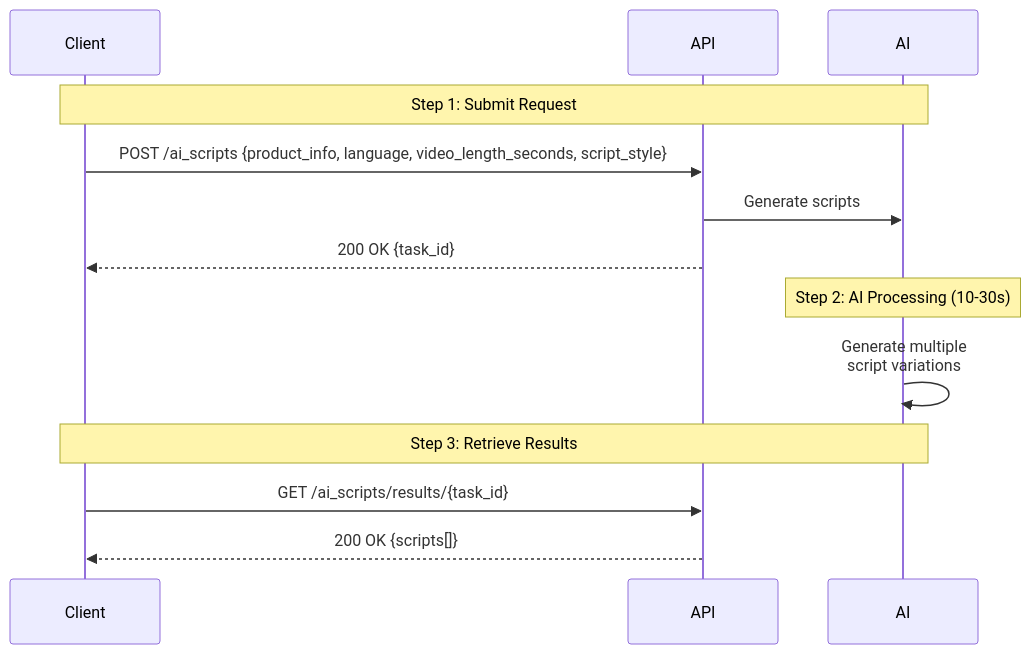
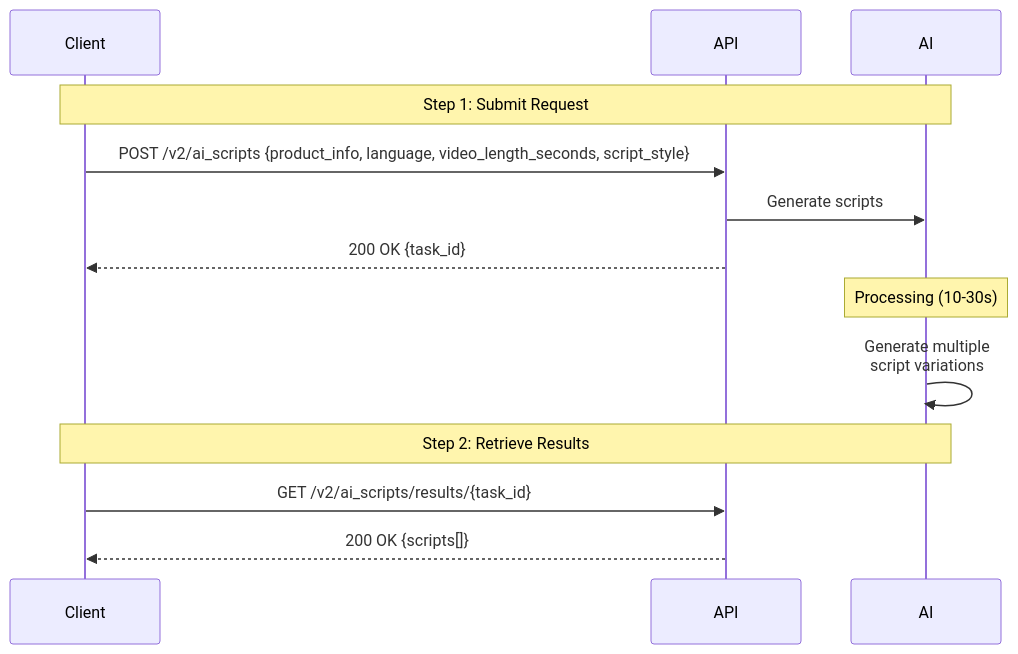
One commit to JoggAI-Tech/docs changed the diagram in api-reference/v2/API Documentation/AIScripts.mdx. Above: the diagram before and after it, drawn with Mermaid. The commit also changed other lines of this file and 44 other files, not shown here.

````diff
--- a/api-reference/v2/API Documentation/AIScripts.mdx
+++ b/api-reference/v2/API Documentation/AIScripts.mdx
@@ -45,18 +41,18 @@
 ```mermaid
 sequenceDiagram
     participant Client
     participant API
     participant AI
     
     Note over Client,AI: Step 1: Submit Request
-    Client->>API: POST /ai_scripts {product_info, language, video_length_seconds, script_style}
+    Client->>API: POST /v2/ai_scripts {product_info, language, video_length_seconds, script_style}
     API->>AI: Generate scripts
     API-->>Client: 200 OK {task_id}
     
-    Note over AI: Step 2: AI Processing (10-30s)
+    Note over AI: Processing (10-30s)
     AI->>AI: Generate multiple<br/>script variations
     
-    Note over Client,AI: Step 3: Retrieve Results
-    Client->>API: GET /ai_scripts/results/{task_id}
+    Note over Client,AI: Step 2: Retrieve Results
+    Client->>API: GET /v2/ai_scripts/results/{task_id}
     API-->>Client: 200 OK {scripts[]}
 ```
````
